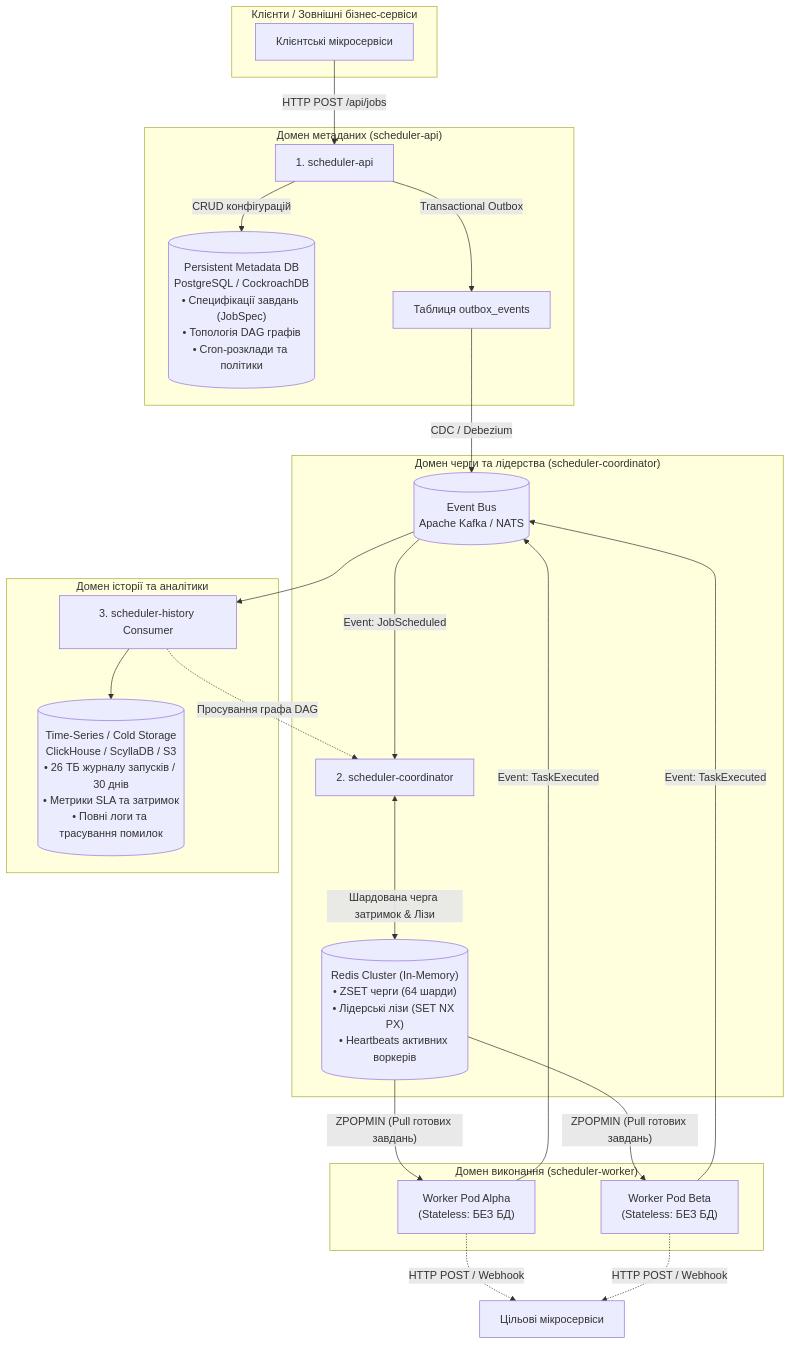
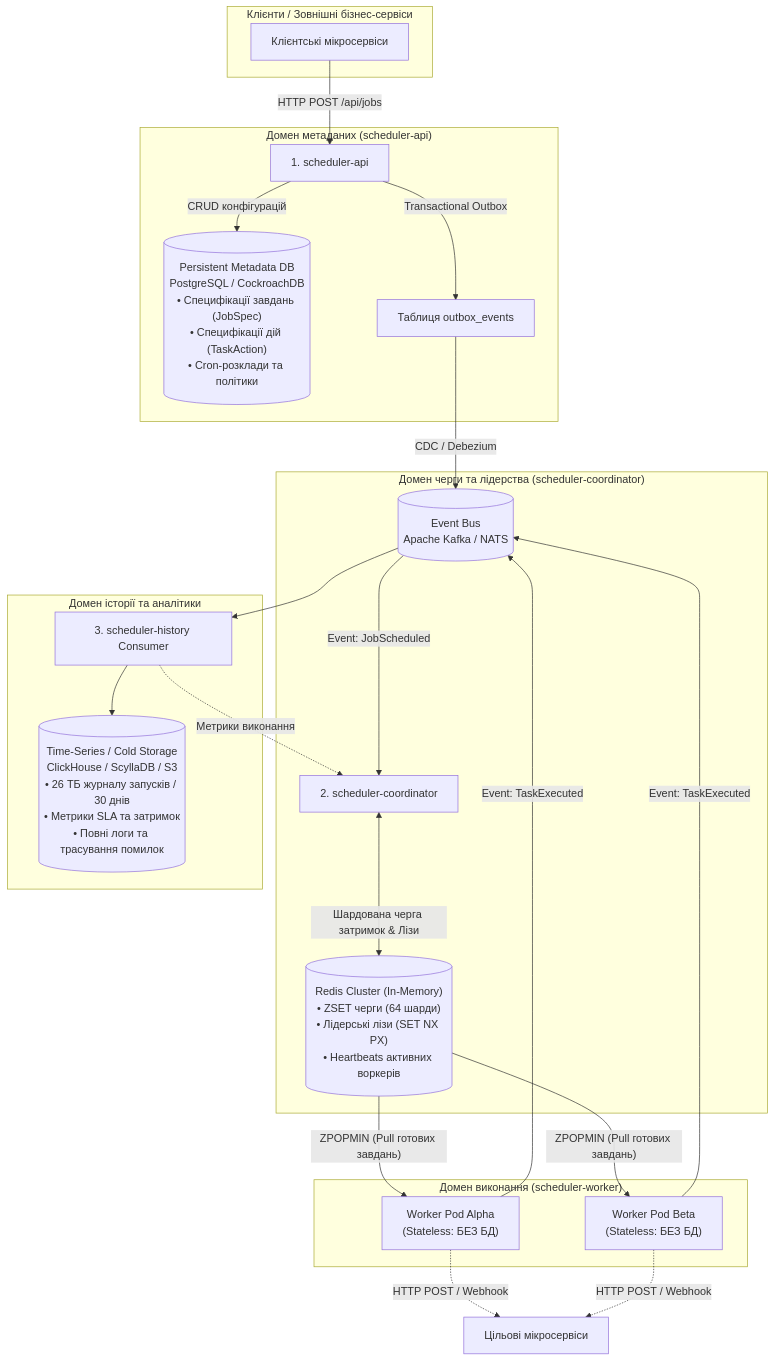
The fourth of 4 diagrams in README.md (tarashor/job-scheduler), drawn with Mermaid before and after one commit. The commit also changed other lines of this file and 9 other files, not shown here.

Commit message:
Remove DAG dependency engine and support independent parallel task execution

````diff
--- a/README.md
+++ b/README.md
@@ -328,38 +321,38 @@
 ```mermaid
 flowchart TD
     subgraph ClientLayer ["Клієнти / Зовнішні бізнес-сервіси"]
         Client["Клієнтські мікросервіси"]
     end
 
     Client -->|"HTTP POST /api/jobs"| API["1. scheduler-api"]
 
     subgraph APIDomain ["Домен метаданих (scheduler-api)"]
-        API -->|"CRUD конфігурацій"| APIDB[("Persistent Metadata DB<br/>PostgreSQL / CockroachDB<br/>• Специфікації завдань (JobSpec)<br/>• Топологія DAG графів<br/>• Cron-розклади та політики")]
+        API -->|"CRUD конфігурацій"| APIDB[("Persistent Metadata DB<br/>PostgreSQL / CockroachDB<br/>• Специфікації завдань (JobSpec)<br/>• Специфікації дій (TaskAction)<br/>• Cron-розклади та політики")]
         API -->|"Transactional Outbox"| OutboxTable["Таблиця outbox_events"]
     end
 
     OutboxTable -->|"CDC / Debezium"| EventBus[("Event Bus<br/>Apache Kafka / NATS")]
 
     subgraph CoordDomain ["Домен черги та лідерства (scheduler-coordinator)"]
         EventBus -->|"Event: JobScheduled"| Coord["2. scheduler-coordinator"]
         Coord <-->|"Шардована черга затримок & Лізи"| RedisCluster[("Redis Cluster (In-Memory)<br/>• ZSET черги (64 шарди)<br/>• Лідерські лізи (SET NX PX)<br/>• Heartbeats активних воркерів")]
     end
 
     subgraph WorkerPoolDomain ["Домен виконання (scheduler-worker)"]
         RedisCluster -->|"ZPOPMIN (Pull готових завдань)"| W1["Worker Pod Alpha<br/>(Stateless: БЕЗ БД)"]
         RedisCluster -->|"ZPOPMIN (Pull готових завдань)"| W2["Worker Pod Beta<br/>(Stateless: БЕЗ БД)"]
     end
 
     W1 -.->|"HTTP POST / Webhook"| Target["Цільові мікросервіси"]
     W2 -.->|"HTTP POST / Webhook"| Target
 
     W1 -->|"Event: TaskExecuted"| EventBus
     W2 -->|"Event: TaskExecuted"| EventBus
 
     subgraph AuditDomain ["Домен історії та аналітики"]
         EventBus --> HistorySvc["3. scheduler-history Consumer"]
         HistorySvc --> AnalyticsDB[("Time-Series / Cold Storage<br/>ClickHouse / ScyllaDB / S3<br/>• 26 ТБ журналу запусків / 30 днів<br/>• Метрики SLA та затримок<br/>• Повні логи та трасування помилок")]
     end
 
-    HistorySvc -.->|"Просування графа DAG"| Coord
+    HistorySvc -.->|"Метрики виконання"| Coord
 ```
````
